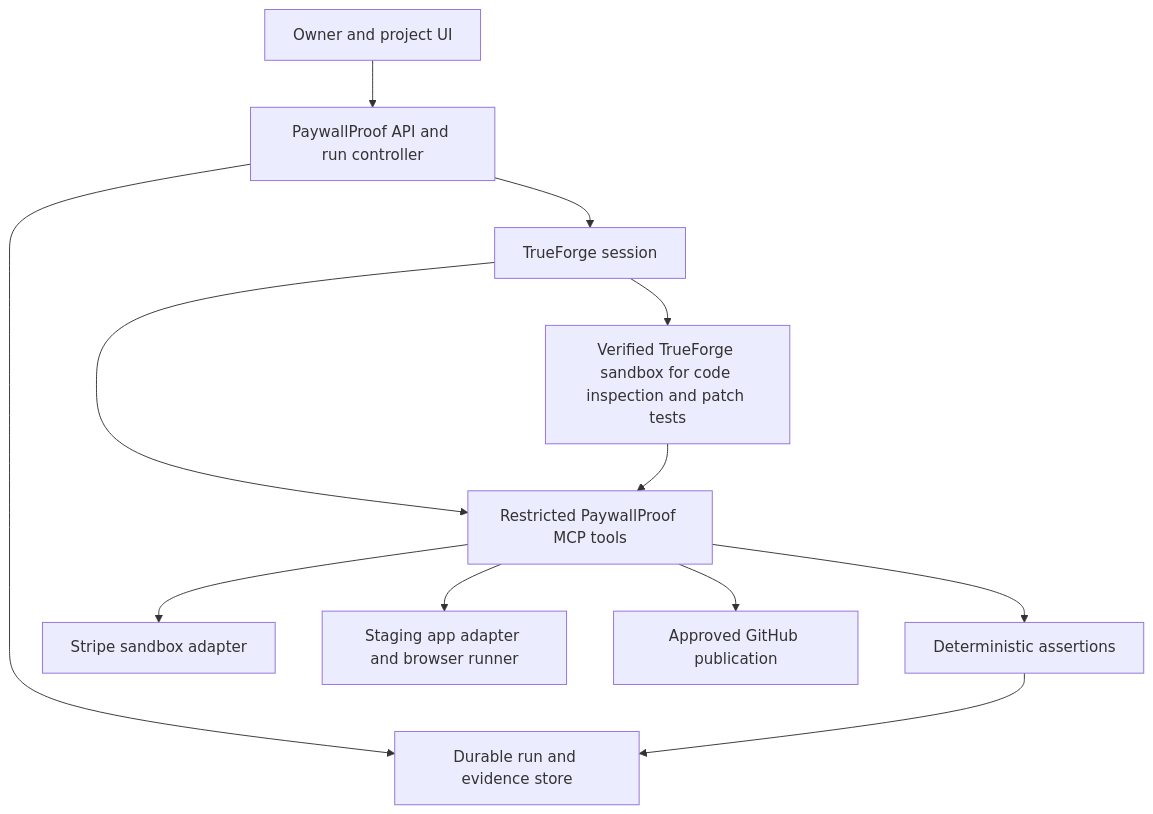
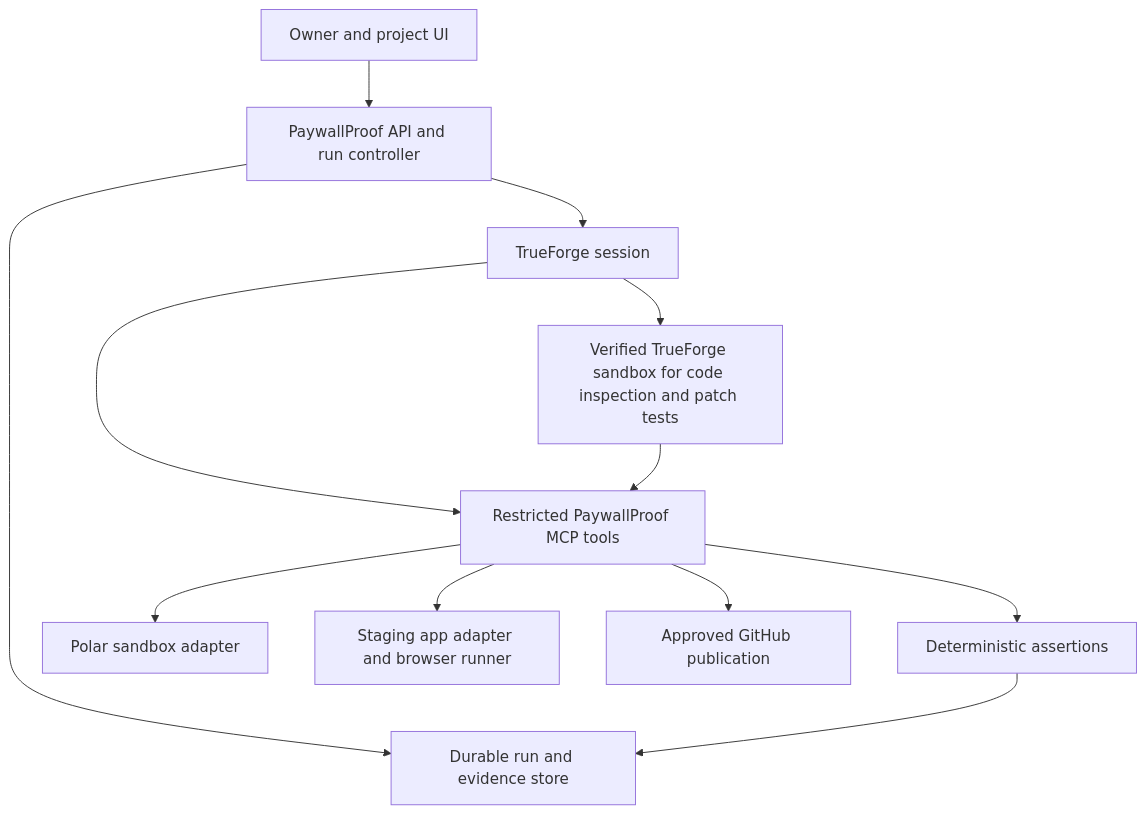
One commit to VasuBansal7576/PaywallProof changed the diagram in PRD.md. Above: the diagram before and after it, drawn with Mermaid. The commit also changed other lines of this file and 78 other files, not shown here.

Commit message:
Migrate billing verification to Polar sandbox and preserve replay provenance

````diff
--- a/PRD.md
+++ b/PRD.md
@@ -327,14 +325,14 @@
 ```mermaid
 flowchart TD
 	Owner[Owner and project UI] --> Controller[PaywallProof API and run controller]
 	Controller --> Store[Durable run and evidence store]
 	Controller --> TF[TrueForge session]
 	TF --> Tools[Restricted PaywallProof MCP tools]
 	TF --> Sandbox[Verified TrueForge sandbox for code inspection and patch tests]
-	Tools --> Stripe[Stripe sandbox adapter]
+	Tools --> Polar[Polar sandbox adapter]
 	Tools --> Target[Staging app adapter and browser runner]
 	Tools --> GitHub[Approved GitHub publication]
 	Tools --> Judge[Deterministic assertions]
 	Judge --> Store
 	Sandbox --> Tools
 ```
````
